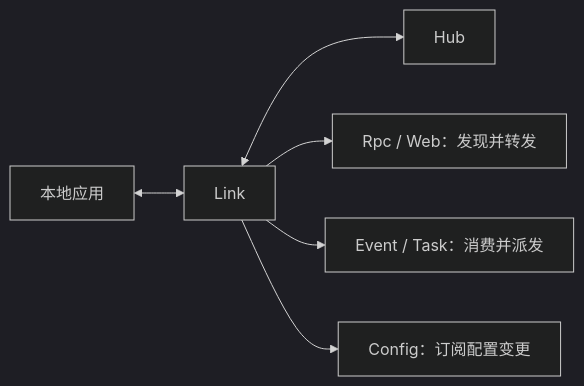
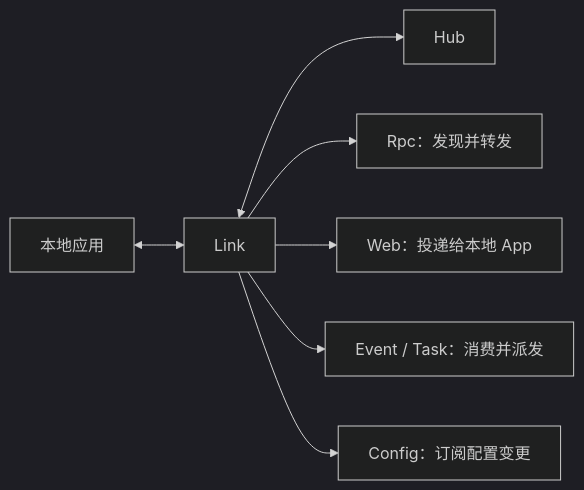
Before and after one commit to yorun-ai/vine-site: the diagram in i18n/zh-CN/docusaurus-plugin-content-docs/current/runtime/link.md, drawn with Mermaid (dark theme). The commit also changed other lines of this file and 95 other files, not shown here.

````diff
--- a/i18n/zh-CN/docusaurus-plugin-content-docs/current/runtime/link.md
+++ b/i18n/zh-CN/docusaurus-plugin-content-docs/current/runtime/link.md
@@ -9,7 +10,8 @@
 ```mermaid
 flowchart LR
   App["本地应用"] <--> Link["Link"] <--> Hub["Hub"]
-  Link --> RpcWeb["Rpc / Web：发现并转发"]
+  Link --> Rpc["Rpc：发现并转发"]
+  Link --> Web["Web：投递给本地 App"]
   Link --> EventTask["Event / Task：消费并派发"]
   Link --> Config["Config：订阅配置变更"]
 ```
````
